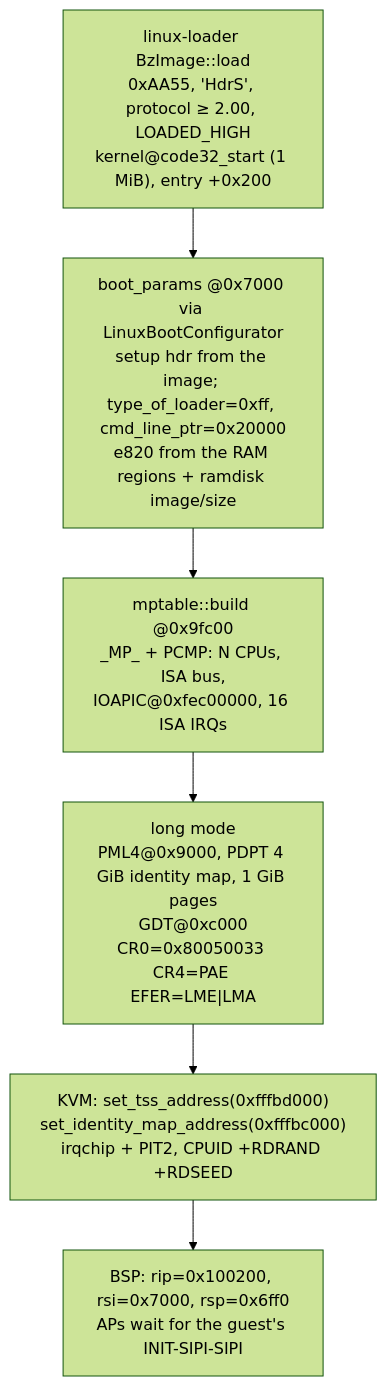
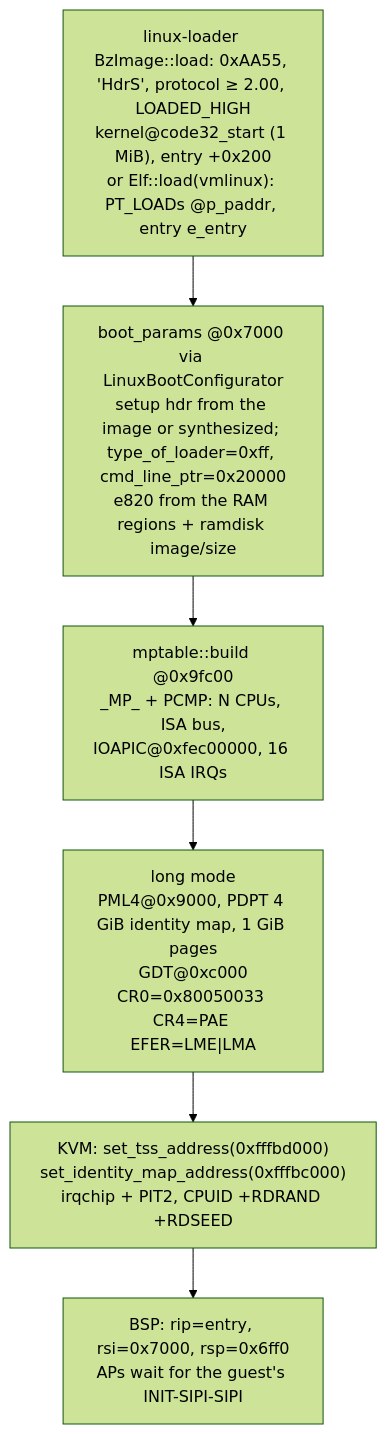
One commit to brig-sh/hvi-vmm changed the third of 4 diagrams in docs/architecture.md. Above: the diagram before and after it, drawn with Mermaid (forest theme). The commit also changed other lines of this file and 9 other files, not shown here.

````diff
--- a/docs/architecture.md
+++ b/docs/architecture.md
@@ -226,9 +231,9 @@
 ```mermaid
 flowchart TB
-    A["linux-loader BzImage::load<br/>0xAA55, 'HdrS', protocol ≥ 2.00, LOADED_HIGH<br/>kernel@code32_start (1 MiB), entry +0x200"] --> B
-    B["boot_params @0x7000 via LinuxBootConfigurator<br/>setup hdr from the image; type_of_loader=0xff, cmd_line_ptr=0x20000<br/>e820 from the RAM regions + ramdisk image/size"] --> C
+    A["linux-loader BzImage::load: 0xAA55, 'HdrS', protocol ≥ 2.00, LOADED_HIGH<br/>kernel@code32_start (1 MiB), entry +0x200<br/>or Elf::load(vmlinux): PT_LOADs @p_paddr, entry e_entry"] --> B
+    B["boot_params @0x7000 via LinuxBootConfigurator<br/>setup hdr from the image or synthesized; type_of_loader=0xff, cmd_line_ptr=0x20000<br/>e820 from the RAM regions + ramdisk image/size"] --> C
     C["mptable::build @0x9fc00<br/>_MP_ + PCMP: N CPUs, ISA bus,<br/>IOAPIC@0xfec00000, 16 ISA IRQs"] --> D
     D["long mode<br/>PML4@0x9000, PDPT 4 GiB identity map, 1 GiB pages<br/>GDT@0xc000<br/>CR0=0x80050033 CR4=PAE EFER=LME|LMA"] --> E
     E["KVM: set_tss_address(0xfffbd000)<br/>set_identity_map_address(0xfffbc000)<br/>irqchip + PIT2, CPUID +RDRAND +RDSEED"] --> F
-    F["BSP: rip=0x100200, rsi=0x7000, rsp=0x6ff0<br/>APs wait for the guest's INIT-SIPI-SIPI"]
+    F["BSP: rip=entry, rsi=0x7000, rsp=0x6ff0<br/>APs wait for the guest's INIT-SIPI-SIPI"]
 ```
````
